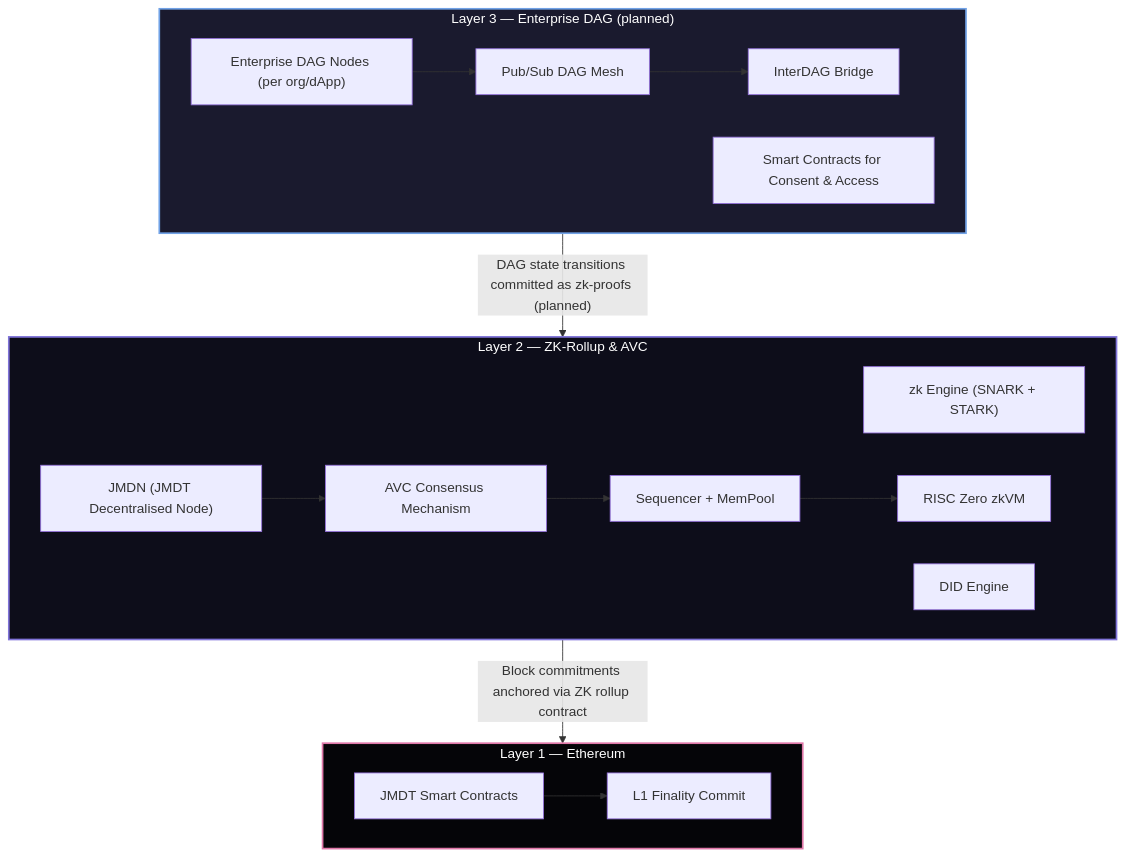
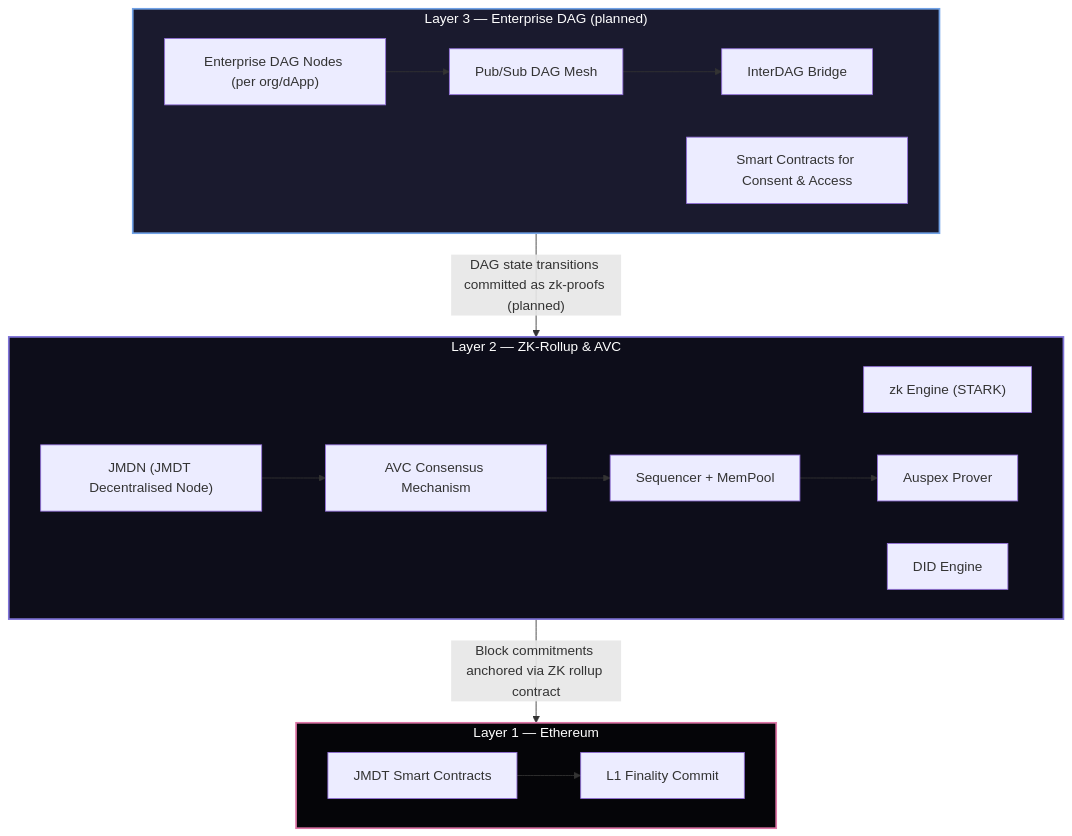
One commit to JupiterMetaLabs/docs changed the diagram in versioned_docs/version-2.0/architecture.md. Above: the diagram before and after it, drawn with Mermaid. The commit also changed other lines of this file and 99 other files, not shown here.

````diff
--- a/versioned_docs/version-2.0/architecture.md
+++ b/versioned_docs/version-2.0/architecture.md
@@ -17,35 +17,35 @@
 ```mermaid
 graph TD
     subgraph L3["Layer 3 — Enterprise DAG (planned)"]
         A1["Enterprise DAG Nodes (per org/dApp)"]
         A2["Pub/Sub DAG Mesh"]
         A3["InterDAG Bridge"]
         A4["Smart Contracts for Consent & Access"]
         A1 --> A2
         A2 --> A3
     end
     style L3 fill:#1a1a2e,stroke:#71a2e6,stroke-width:2px,color:#fff
 
     subgraph L2["Layer 2 — ZK-Rollup & AVC"]
-        B1["zk Engine (SNARK + STARK)"]
+        B1["zk Engine (STARK)"]
         B2["DID Engine"]
         B3["AVC Consensus Mechanism"]
         B4["Sequencer + MemPool"]
-        B5["RISC Zero zkVM"]
+        B5["Auspex Prover"]
         B6["JMDN (JMDT Decentralised Node)"]
         B3 --> B4
         B4 --> B5
         B6 --> B3
     end
     style L2 fill:#0d0d1a,stroke:#8074d9,stroke-width:2px,color:#fff
 
     subgraph L1["Layer 1 — Ethereum"]
         C1["JMDT Smart Contracts"]
         C2["L1 Finality Commit"]
         C1 --> C2
     end
     style L1 fill:#050508,stroke:#df77a8,stroke-width:2px,color:#fff
 
     L3 -->|"DAG state transitions committed as zk-proofs (planned)"| L2
     L2 -->|"Block commitments anchored via ZK rollup contract"| L1
 ```
````
